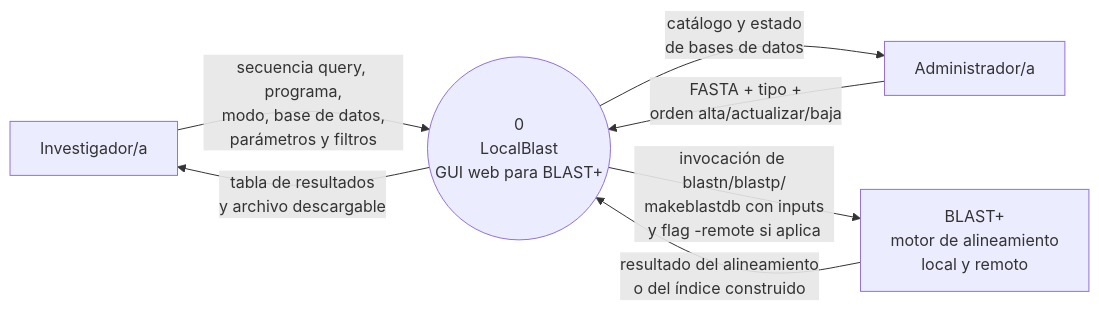
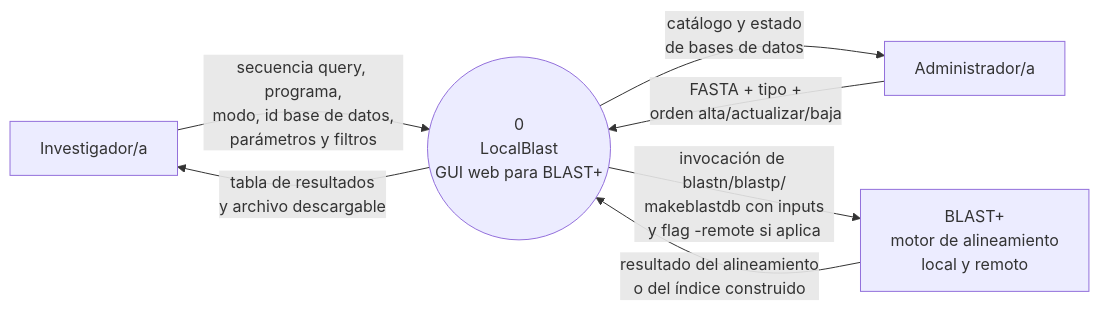
One commit to agwursten/Secondary-Repo-GUI-Blast changed the first of 2 diagrams in docs/architecture/contexto-inicial.md. Above: the diagram before and after it, drawn with Mermaid.

````diff
--- a/docs/architecture/contexto-inicial.md
+++ b/docs/architecture/contexto-inicial.md
@@ -13,18 +13,18 @@
 ```mermaid
 flowchart LR
     INV[Investigador/a]
 
     P((0<br/>LocalBlast<br/>GUI web para BLAST+))
 
     ADM[Administrador/a]
     BLAST[BLAST+<br/>motor de alineamiento<br/>local y remoto]
 
-    INV -->|secuencia query, programa,<br/>modo, base de datos,<br/>parámetros y filtros| P
+    INV -->|secuencia query, programa,<br/>modo, id base de datos,<br/>parámetros y filtros| P
     P -->|tabla de resultados<br/>y archivo descargable| INV
 
     ADM -->|FASTA + tipo +<br/>orden alta/actualizar/baja| P
     P -->|catálogo y estado<br/>de bases de datos| ADM
 
     P -->|invocación de blastn/blastp/<br/>makeblastdb con inputs<br/>y flag -remote si aplica| BLAST
     BLAST -->|resultado del alineamiento<br/>o del índice construido| P
 ```
````
